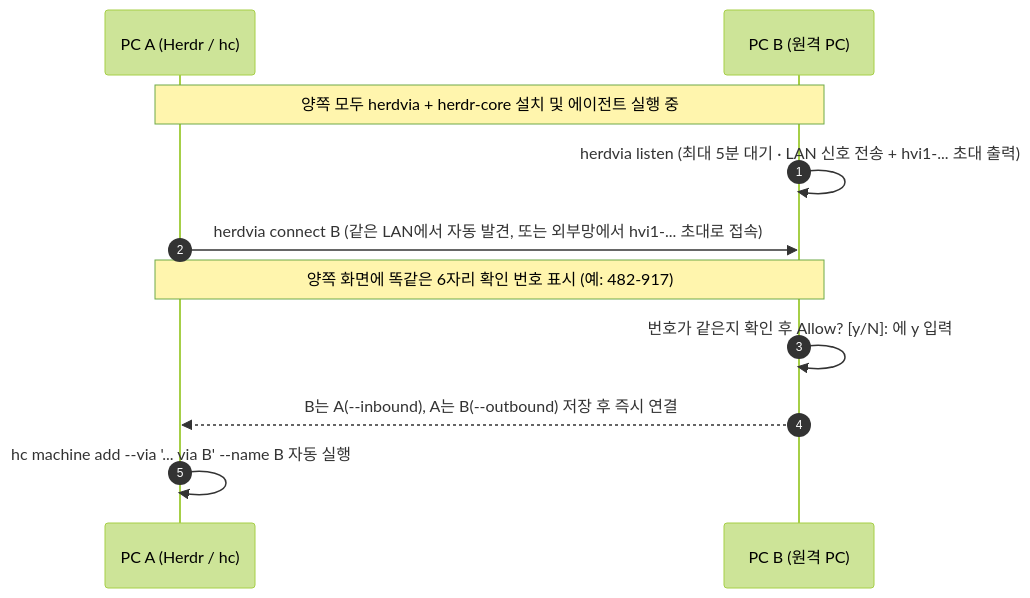
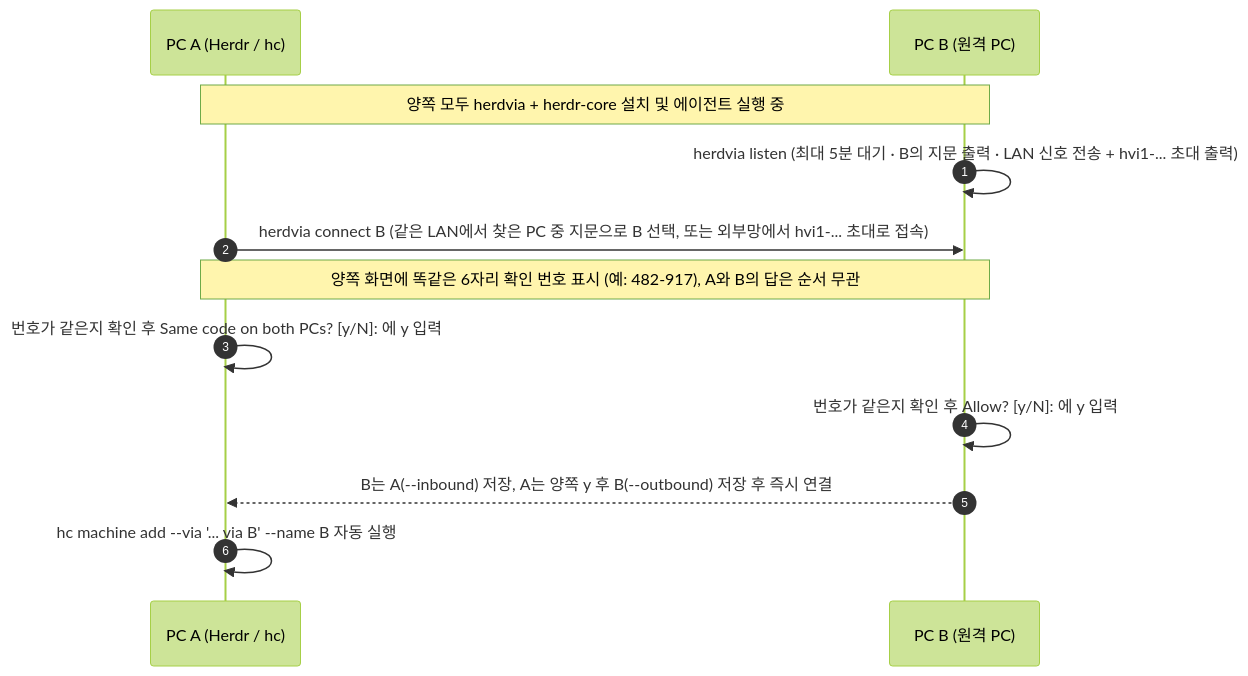
Before and after one commit to photojupi/herdvia: the diagram in docs/README.ko.md, drawn with Mermaid (forest theme). The commit also changed other lines of this file and 22 other files, not shown here.

````diff
--- a/docs/README.ko.md
+++ b/docs/README.ko.md
@@ -152,14 +152,15 @@
 ```mermaid
 sequenceDiagram
     autonumber
     participant A as PC A (Herdr / hc)
     participant B as PC B (원격 PC)
 
     Note over A,B: 양쪽 모두 herdvia + herdr-core 설치 및 에이전트 실행 중
-    B->>B: herdvia listen (최대 5분 대기 · LAN 신호 전송 + hvi1-... 초대 출력)
-    A->>B: herdvia connect B (같은 LAN에서 자동 발견, 또는 외부망에서 hvi1-... 초대로 접속)
-    Note over A,B: 양쪽 화면에 똑같은 6자리 확인 번호 표시 (예: 482-917)
+    B->>B: herdvia listen (최대 5분 대기 · B의 지문 출력 · LAN 신호 전송 + hvi1-... 초대 출력)
+    A->>B: herdvia connect B (같은 LAN에서 찾은 PC 중 지문으로 B 선택, 또는 외부망에서 hvi1-... 초대로 접속)
+    Note over A,B: 양쪽 화면에 똑같은 6자리 확인 번호 표시 (예: 482-917), A와 B의 답은 순서 무관
+    A->>A: 번호가 같은지 확인 후 Same code on both PCs? [y/N]: 에 y 입력
     B->>B: 번호가 같은지 확인 후 Allow? [y/N]: 에 y 입력
-    B-->>A: B는 A(--inbound), A는 B(--outbound) 저장 후 즉시 연결
+    B-->>A: B는 A(--inbound) 저장, A는 양쪽 y 후 B(--outbound) 저장 후 즉시 연결
     A->>A: hc machine add --via '... via B' --name B 자동 실행
 ```
````
